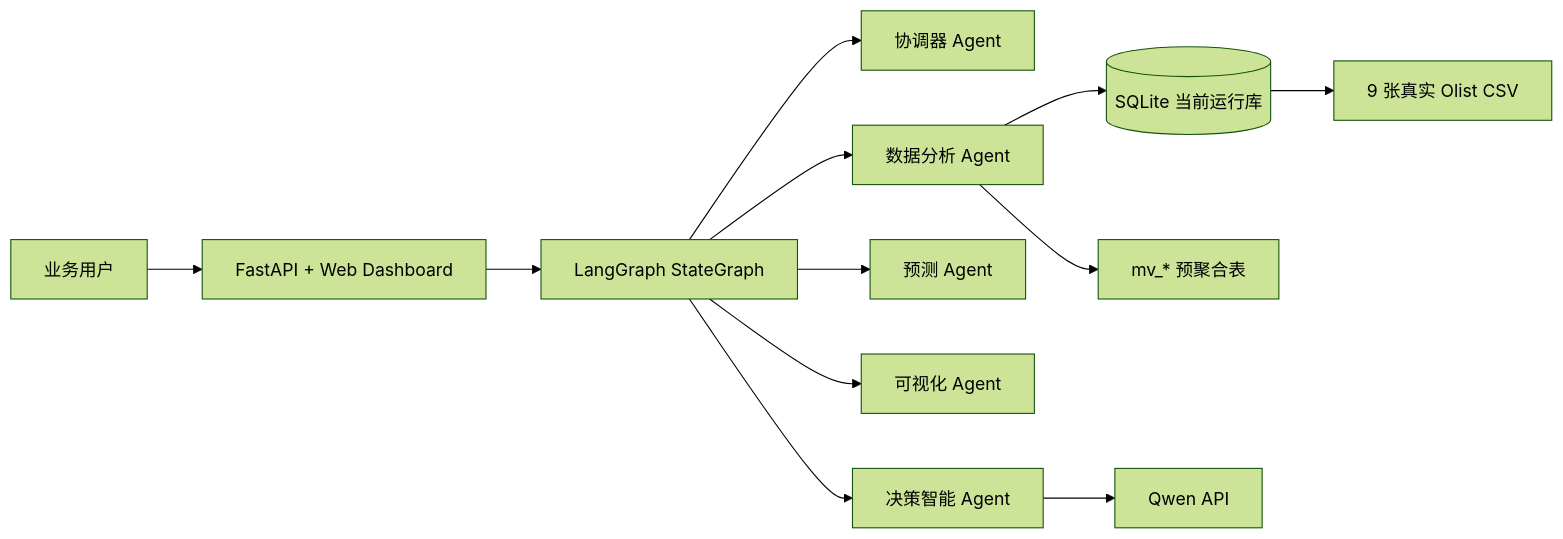
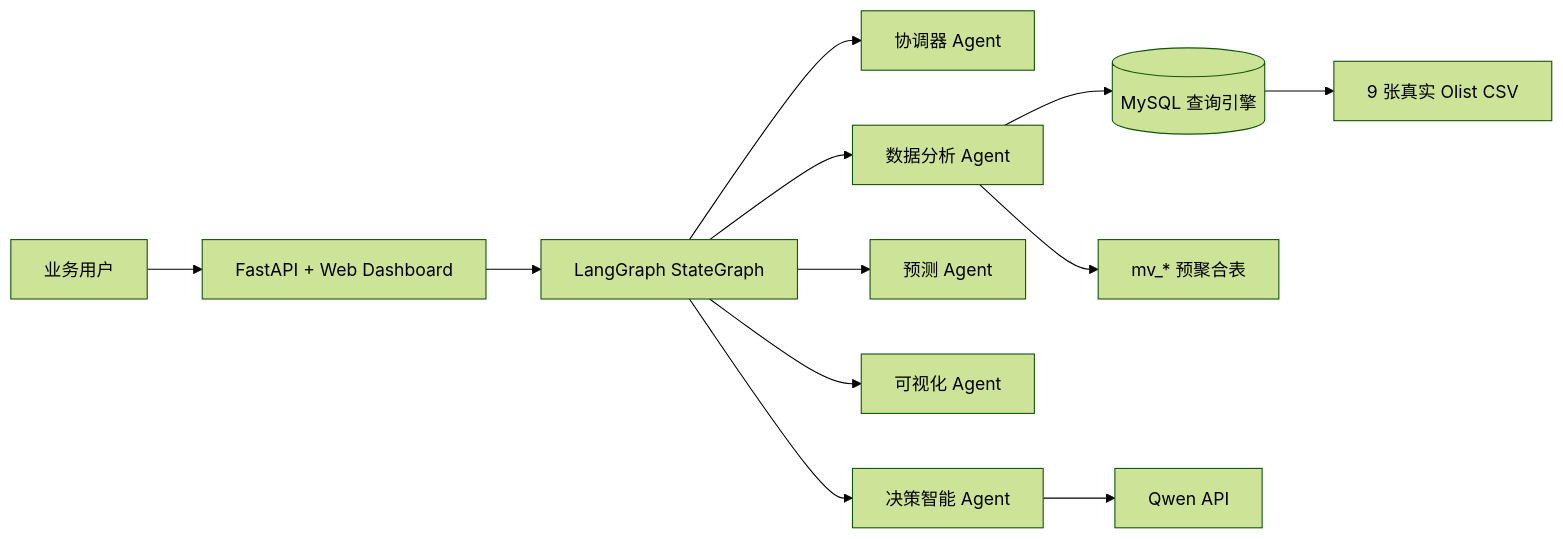
The diagram in docs/REPORT_DRAFT.md (Effulgence12/BiAgent), drawn with Mermaid (forest theme) before and after one commit. The commit also changed other lines of this file and 13 other files, not shown here.

````diff
--- a/docs/REPORT_DRAFT.md
+++ b/docs/REPORT_DRAFT.md
@@ -9,14 +9,14 @@
 ```mermaid
 flowchart LR
   User[业务用户] --> Web[FastAPI + Web Dashboard]
   Web --> Graph[LangGraph StateGraph]
   Graph --> Orchestrator[协调器 Agent]
   Graph --> Analyst[数据分析 Agent]
   Graph --> Forecast[预测 Agent]
   Graph --> Viz[可视化 Agent]
   Graph --> Decision[决策智能 Agent]
-  Analyst --> SQLite[(SQLite 当前运行库)]
+  Analyst --> MySQL[(MySQL 查询引擎)]
   Analyst --> Views[mv_* 预聚合表]
-  SQLite --> CSV[9 张真实 Olist CSV]
+  MySQL --> CSV[9 张真实 Olist CSV]
   Decision --> Qwen[Qwen API]
 ```
````
